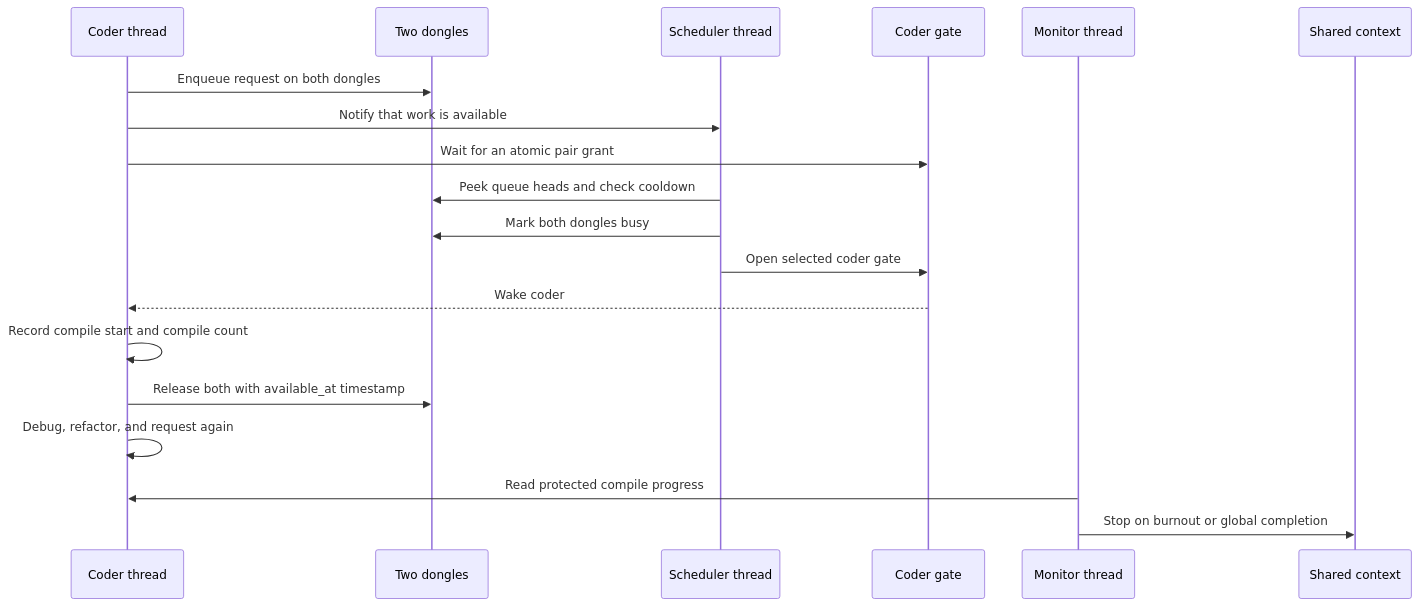
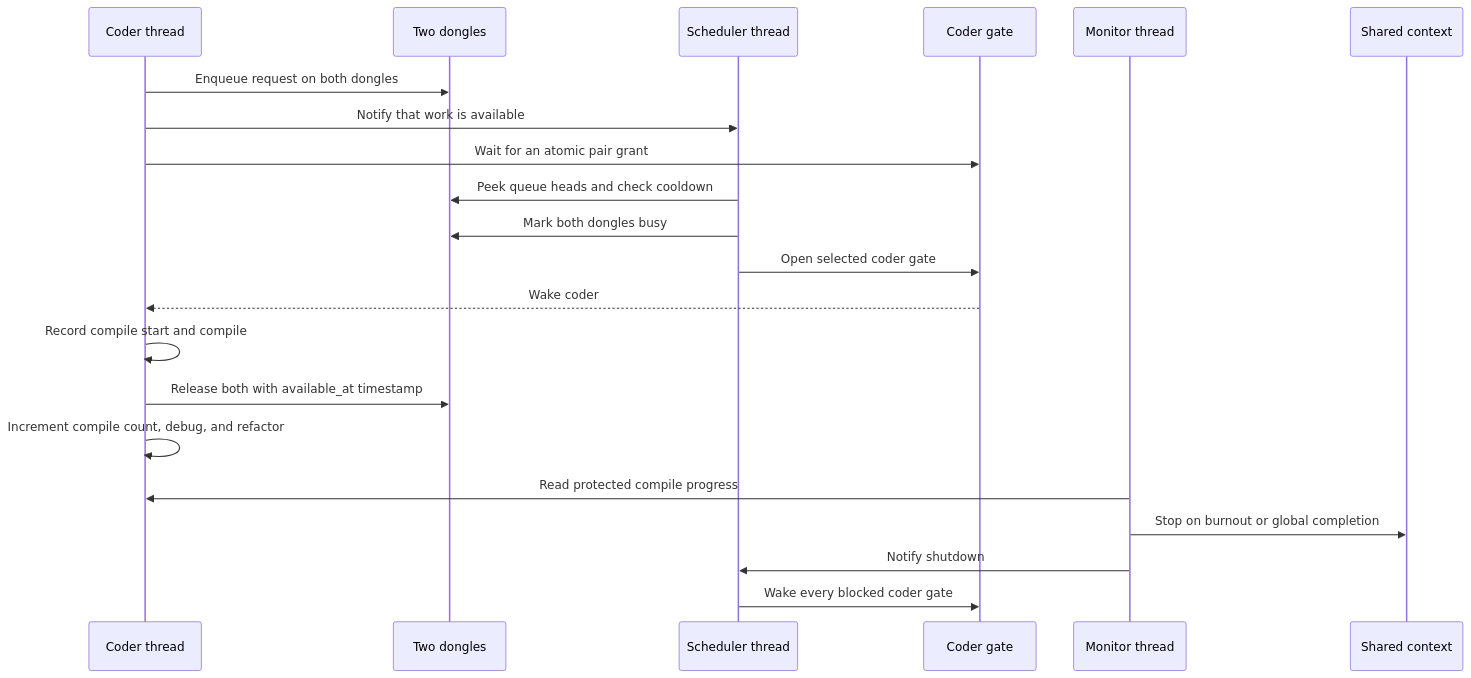
Before and after one commit to creerghost/codexion: the second of 2 diagrams in README.md, drawn with Mermaid. The commit also changed other lines of this file and 1 other file, not shown here.

````diff
--- a/README.md
+++ b/README.md
@@ -183,22 +201,24 @@
 ```mermaid
 sequenceDiagram
     participant C as Coder thread
     participant D as Two dongles
     participant S as Scheduler thread
     participant G as Coder gate
     participant M as Monitor thread
     participant X as Shared context
 
     C->>D: Enqueue request on both dongles
     C->>S: Notify that work is available
     C->>G: Wait for an atomic pair grant
     S->>D: Peek queue heads and check cooldown
     S->>D: Mark both dongles busy
     S->>G: Open selected coder gate
     G-->>C: Wake coder
-    C->>C: Record compile start and compile count
+    C->>C: Record compile start and compile
     C->>D: Release both with available_at timestamp
-    C->>C: Debug, refactor, and request again
+    C->>C: Increment compile count, debug, and refactor
     M->>C: Read protected compile progress
     M->>X: Stop on burnout or global completion
+    M->>S: Notify shutdown
+    S->>G: Wake every blocked coder gate
 ```
````
